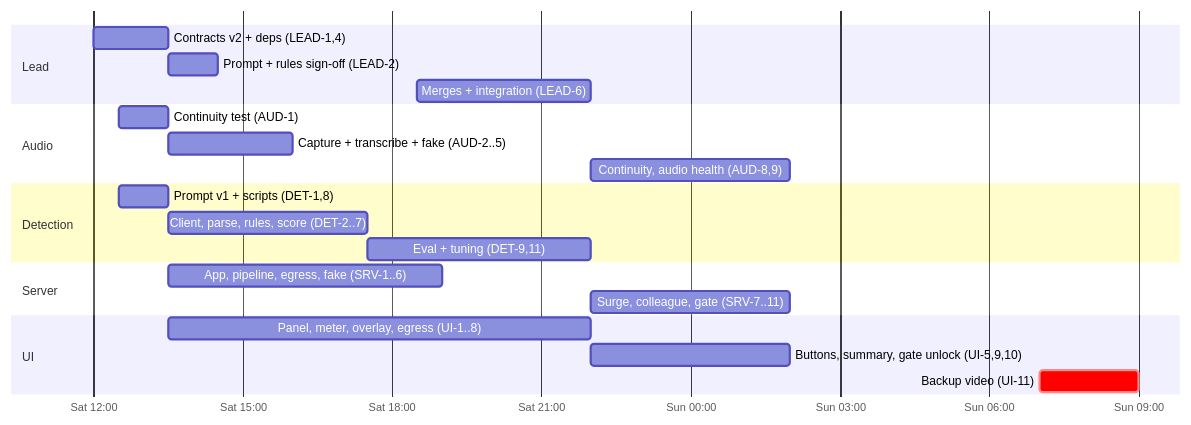
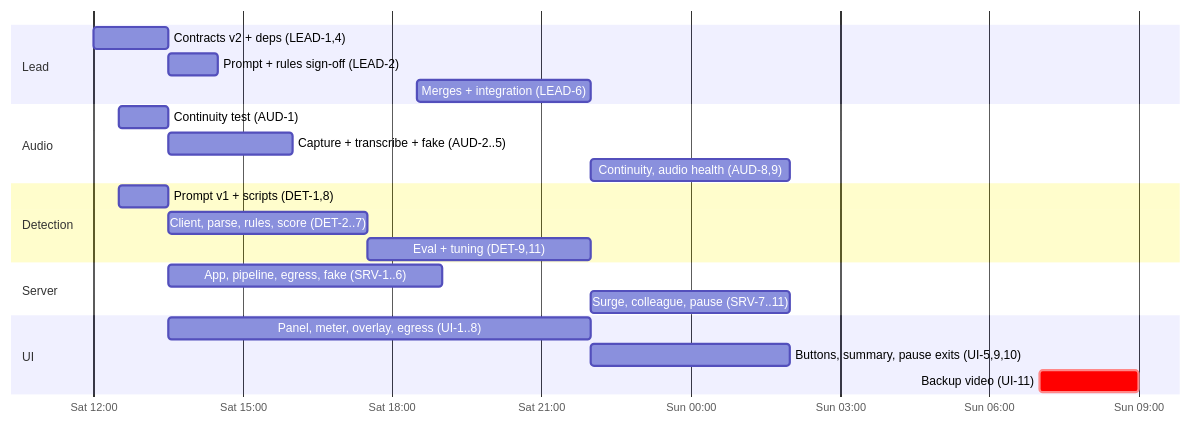
One commit to cocoleunghokei/CallGuard changed the tenth of 10 diagrams in hack1984/prd.md. Above: the diagram before and after it, drawn with Mermaid. The commit also changed other lines of this file and 1 other file, not shown here.

First line of the commit message:
PRD: add Say-this lines, scam-report search, quote-based summary card

````diff
--- a/hack1984/prd.md
+++ b/hack1984/prd.md
@@ -815,24 +823,24 @@
 ```mermaid
 gantt
     dateFormat  YYYY-MM-DD HH:mm
     axisFormat  %a %H:%M
     section Lead
     Contracts v2 + deps (LEAD-1,4)     :l1, 2026-11-07 12:00, 90m
     Prompt + rules sign-off (LEAD-2)    :l2, 2026-11-07 13:30, 60m
     Merges + integration (LEAD-6)       :l3, 2026-11-07 18:30, 210m
     section Audio
     Continuity test (AUD-1)             :a1, 2026-11-07 12:30, 60m
     Capture + transcribe + fake (AUD-2..5) :a2, 2026-11-07 13:30, 150m
     Continuity, audio health (AUD-8,9)  :a3, 2026-11-07 22:00, 240m
     section Detection
     Prompt v1 + scripts (DET-1,8)       :d1, 2026-11-07 12:30, 60m
     Client, parse, rules, score (DET-2..7) :d2, 2026-11-07 13:30, 240m
     Eval + tuning (DET-9,11)            :d3, 2026-11-07 17:30, 270m
     section Server
     App, pipeline, egress, fake (SRV-1..6) :s1, 2026-11-07 13:30, 330m
-    Surge, colleague, gate (SRV-7..11)  :s2, 2026-11-07 22:00, 240m
+    Surge, colleague, pause (SRV-7..11)  :s2, 2026-11-07 22:00, 240m
     section UI
     Panel, meter, overlay, egress (UI-1..8) :u1, 2026-11-07 13:30, 510m
-    Buttons, summary, gate unlock (UI-5,9,10) :u2, 2026-11-07 22:00, 240m
+    Buttons, summary, pause exits (UI-5,9,10) :u2, 2026-11-07 22:00, 240m
     Backup video (UI-11)                :crit, u3, 2026-11-08 07:00, 120m
 ```
````
